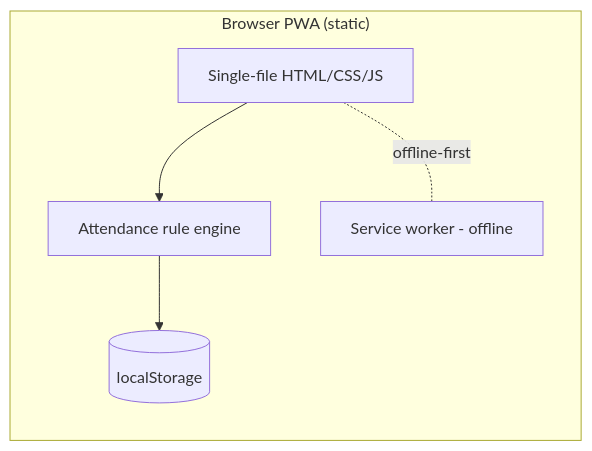
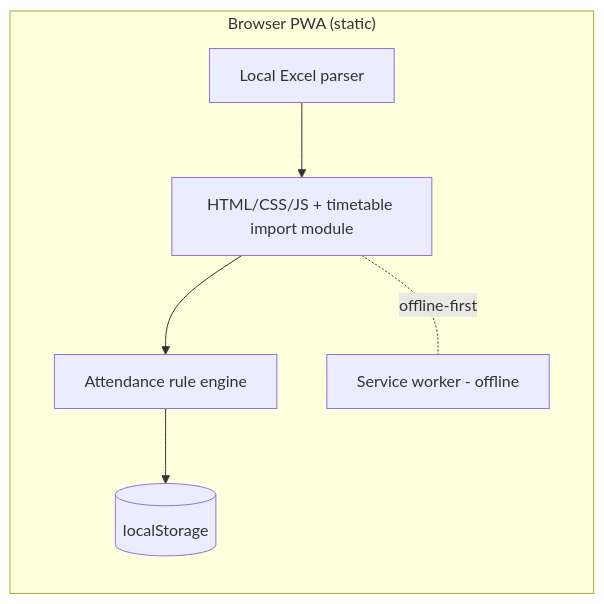
The second of 3 diagrams in docs/PRD.md (AASTHA381/Attendence-Tracker-App), drawn with Mermaid before and after one commit. The commit also changed other lines of this file and 8 other files, not shown here.

First line of the commit message:
Add Excel timetable import and remaining counts

````diff
--- a/docs/PRD.md
+++ b/docs/PRD.md
@@ -140,11 +142,13 @@
 ```mermaid
 flowchart LR
     subgraph Client["Browser PWA (static)"]
-      UI[Single-file HTML/CSS/JS]
+      UI[HTML/CSS/JS + timetable import module]
       CALC[Attendance rule engine]
       LS[(localStorage)]
       SW[Service worker - offline]
+      XLSX[Local Excel parser]
     end
     UI --> CALC --> LS
+    XLSX --> UI
     UI -.offline-first.- SW
 ```
````
